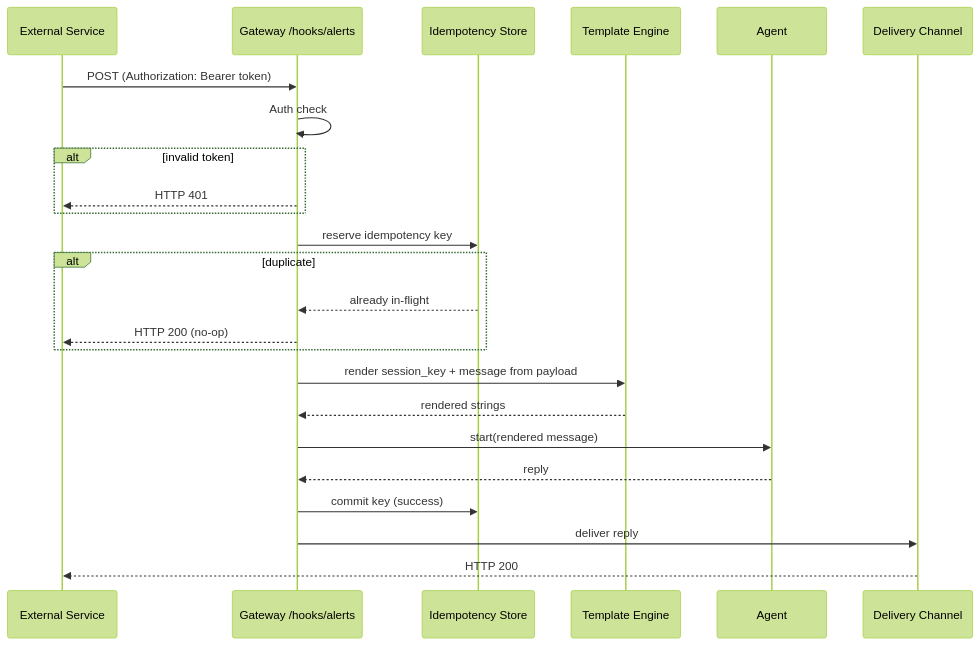
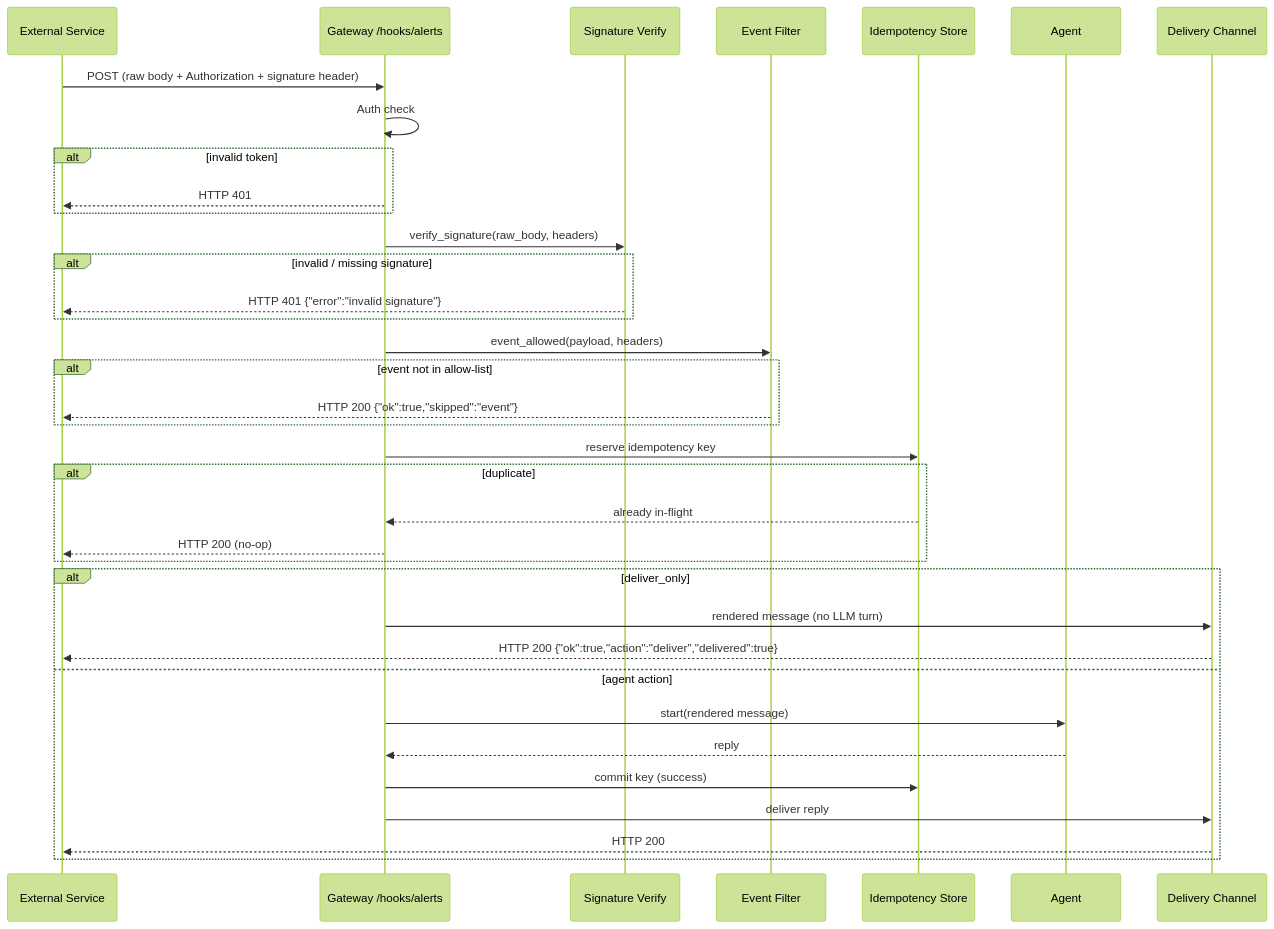
Before and after one commit to MervinPraison/PraisonAIDocs: the second of 3 diagrams in docs/features/gateway-hooks.mdx, drawn with Mermaid (forest theme). The commit also changed other lines of this file and 3 other files, not shown here.

Commit message:
docs: document gateway hook signature verification, event filtering, deliver-only mode (fixes #2138)

````diff
--- a/docs/features/gateway-hooks.mdx
+++ b/docs/features/gateway-hooks.mdx
@@ -93,27 +93,39 @@
 ```mermaid
 sequenceDiagram
     participant Ext as External Service
     participant GW as Gateway /hooks/alerts
+    participant Sig as Signature Verify
+    participant Ev as Event Filter
     participant Dedup as Idempotency Store
-    participant Tmpl as Template Engine
     participant Agent
     participant Chan as Delivery Channel
 
-    Ext->>GW: POST (Authorization: Bearer token)
+    Ext->>GW: POST (raw body + Authorization + signature header)
     GW->>GW: Auth check
     alt invalid token
         GW-->>Ext: HTTP 401
+    end
+    GW->>Sig: verify_signature(raw_body, headers)
+    alt invalid / missing signature
+        Sig-->>Ext: HTTP 401 {"error":"invalid signature"}
+    end
+    GW->>Ev: event_allowed(payload, headers)
+    alt event not in allow-list
+        Ev-->>Ext: HTTP 200 {"ok":true,"skipped":"event"}
     end
     GW->>Dedup: reserve idempotency key
     alt duplicate
         Dedup-->>GW: already in-flight
         GW-->>Ext: HTTP 200 (no-op)
     end
-    GW->>Tmpl: render session_key + message from payload
-    Tmpl-->>GW: rendered strings
-    GW->>Agent: start(rendered message)
-    Agent-->>GW: reply
-    GW->>Dedup: commit key (success)
-    GW->>Chan: deliver reply
-    Chan-->>Ext: HTTP 200
+    alt deliver_only
+        GW->>Chan: rendered message (no LLM turn)
+        Chan-->>Ext: HTTP 200 {"ok":true,"action":"deliver","delivered":true}
+    else agent action
+        GW->>Agent: start(rendered message)
+        Agent-->>GW: reply
+        GW->>Dedup: commit key (success)
+        GW->>Chan: deliver reply
+        Chan-->>Ext: HTTP 200
+    end
 ```
````
